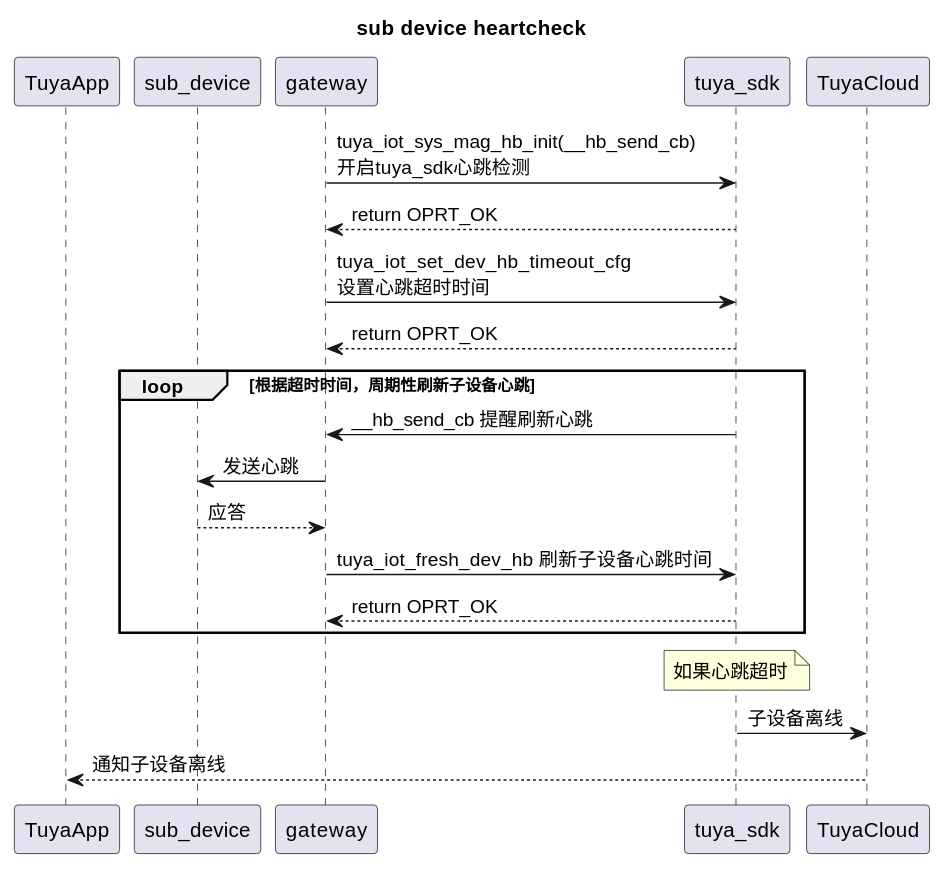
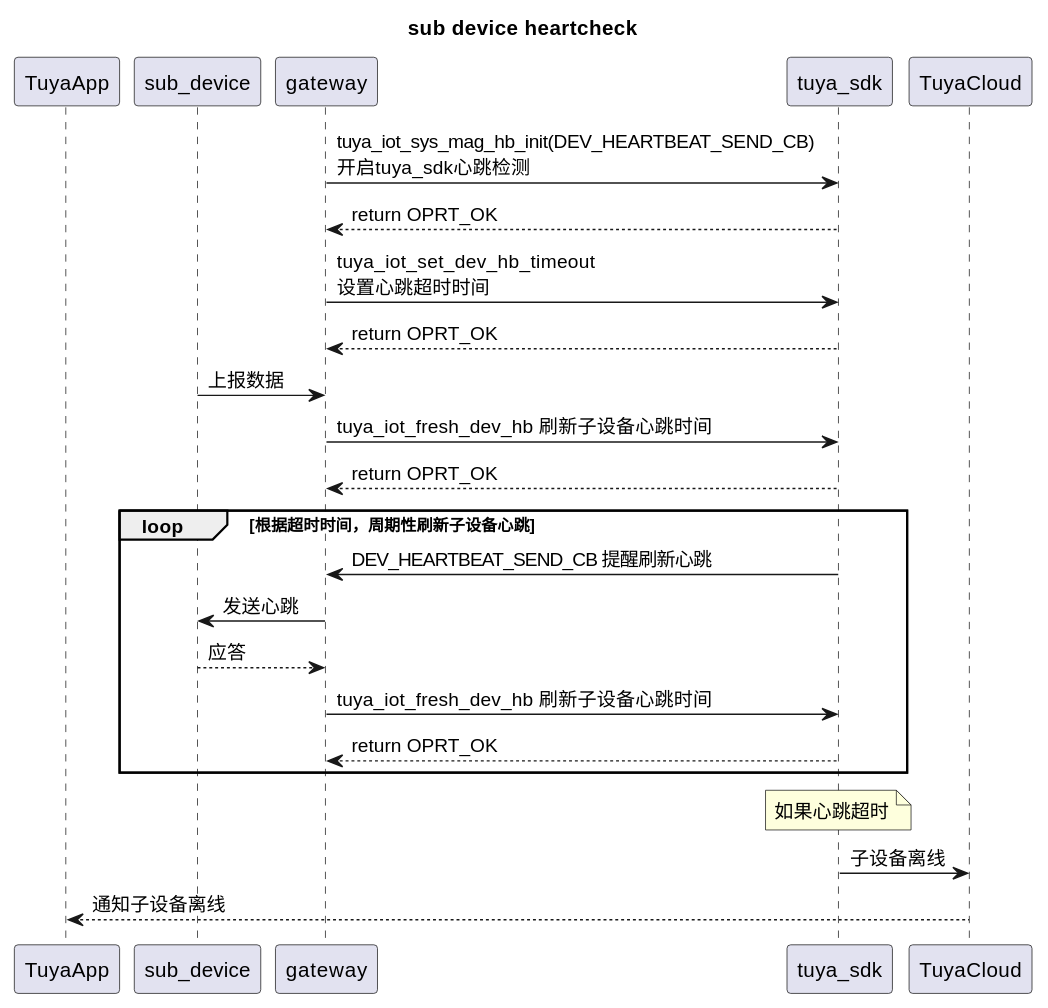
One commit to TuyaInc/TUYA_IOT_SDK_doc changed the diagram in zh-hans/resource/gw-15-heartbeat.md. Above: the diagram before and after it, drawn with PlantUML. The commit also changed 160 other files, not shown here.

````diff
--- a/zh-hans/resource/gw-15-heartbeat.md
+++ b/zh-hans/resource/gw-15-heartbeat.md
@@ -21,25 +21,28 @@
 ```uml
 @startuml
 title sub device heartcheck
 participant TuyaApp
 participant sub_device
 participant gateway
 participant tuya_sdk
 participant TuyaCloud
 
-gateway->tuya_sdk:tuya_iot_sys_mag_hb_init(__hb_send_cb)\n开启tuya_sdk心跳检测
+gateway->tuya_sdk:tuya_iot_sys_mag_hb_init(DEV_HEARTBEAT_SEND_CB)\n开启tuya_sdk心跳检测
 tuya_sdk-->gateway:return OPRT_OK
-gateway->tuya_sdk:tuya_iot_set_dev_hb_timeout_cfg\n设置心跳超时时间
+gateway->tuya_sdk:tuya_iot_set_dev_hb_timeout\n设置心跳超时时间
+tuya_sdk-->gateway:return OPRT_OK
+sub_device->gateway:上报数据
+gateway->tuya_sdk:tuya_iot_fresh_dev_hb 刷新子设备心跳时间
 tuya_sdk-->gateway:return OPRT_OK
 loop 根据超时时间，周期性刷新子设备心跳
-tuya_sdk->gateway:__hb_send_cb 提醒刷新心跳
+tuya_sdk->gateway:DEV_HEARTBEAT_SEND_CB 提醒刷新心跳
 gateway->sub_device:发送心跳
 sub_device-->gateway:应答
 gateway->tuya_sdk:tuya_iot_fresh_dev_hb 刷新子设备心跳时间
 tuya_sdk-->gateway:return OPRT_OK
 end
 Note over tuya_sdk: 如果心跳超时
 tuya_sdk->TuyaCloud:子设备离线
 TuyaCloud-->TuyaApp:通知子设备离线
 @enduml
 ```
````
